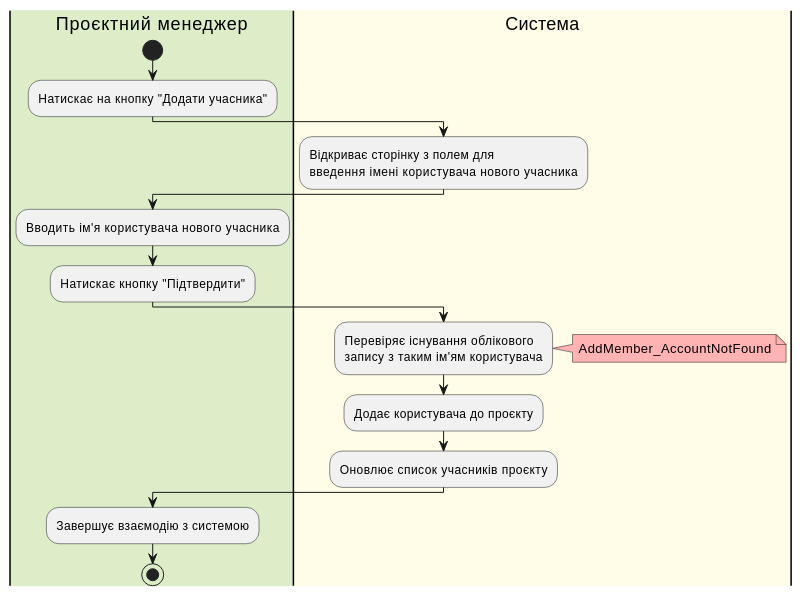
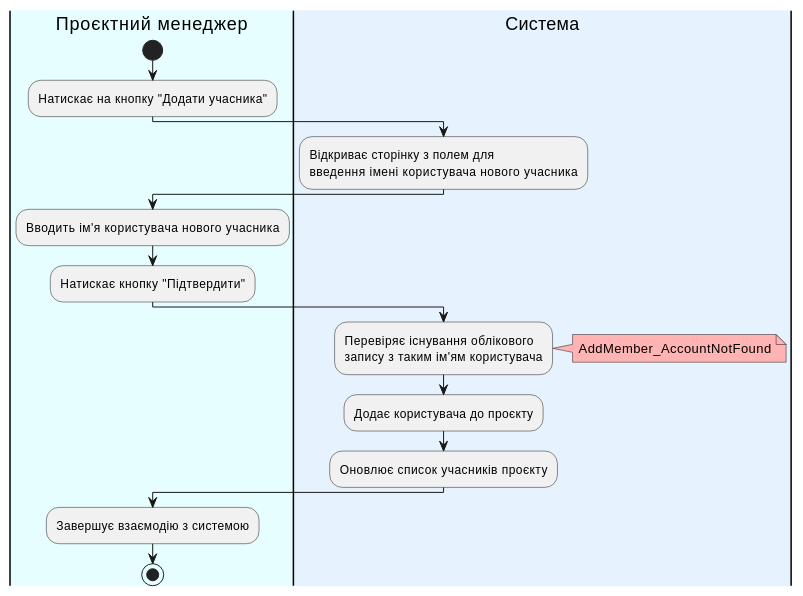
Diagram 22 of 27 in docs/use cases/README.md (wiiiolettaaaaa/coursework_database), drawn with PlantUML before and after one commit. The commit also changed other lines of this file, not shown here.

```diff
--- a/docs/use cases/README.md
+++ b/docs/use cases/README.md
@@ -1024,32 +1024,32 @@
 @startuml
 
-|#dcedc8|Проєктний менеджер|
+|#e6feff|Проєктний менеджер|
 start;
 
 :Натискає на кнопку "Додати учасника";
 
-|#fffde7|Система|
+|#e6f3ff|Система|
 :Відкриває сторінку з полем для\nвведення імені користувача нового учасника;
 
 |Проєктний менеджер|
 :Вводить ім'я користувача нового учасника;
 
 :Натискає кнопку "Підтвердити";
 
 |Система|
 :Перевіряє існування облікового\nзапису з таким ім'ям користувача;
 
 note right #ffb3b3
 AddMember_AccountNotFound
 end note
 
 :Додає користувача до проєкту;
 
 :Оновлює список учасників проєкту;
 
 |Проєктний менеджер|
 :Завершує взаємодію з системою;
 
 stop;
 
 @enduml
```
